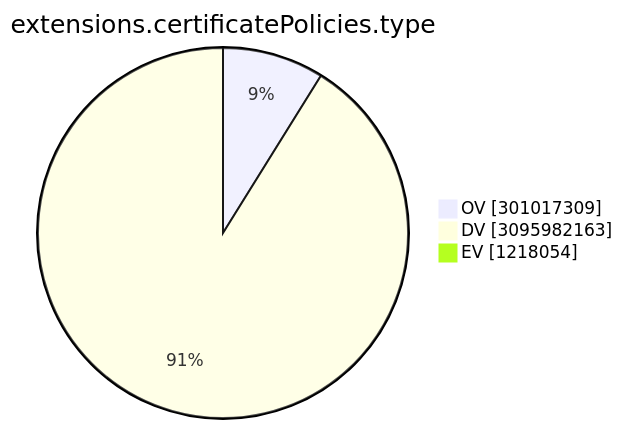
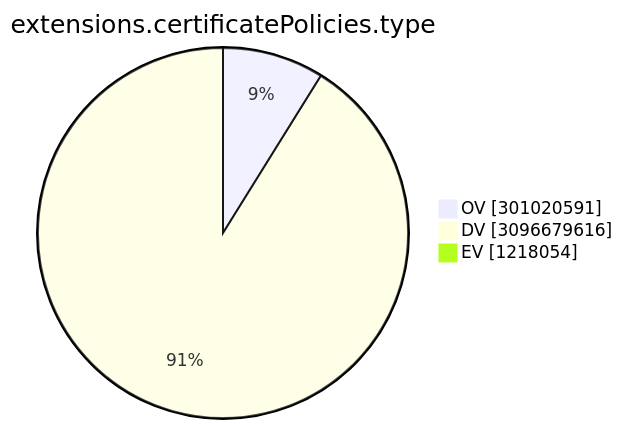
One commit to christiankrug/ctmonitor_visualization changed the ninth of 15 diagrams in TOTAL/README.md. Above: the diagram before and after it, drawn with Mermaid. The commit also changed other lines of this file, not shown here.

````diff
--- a/TOTAL/README.md
+++ b/TOTAL/README.md
@@ -3103,7 +3103,7 @@
 ```mermaid
 pie showData
 title extensions.certificatePolicies.type
-"OV" :301017309
-"DV" :3095982163
+"OV" :301020591
+"DV" :3096679616
 "EV" :1218054
 ```
````
